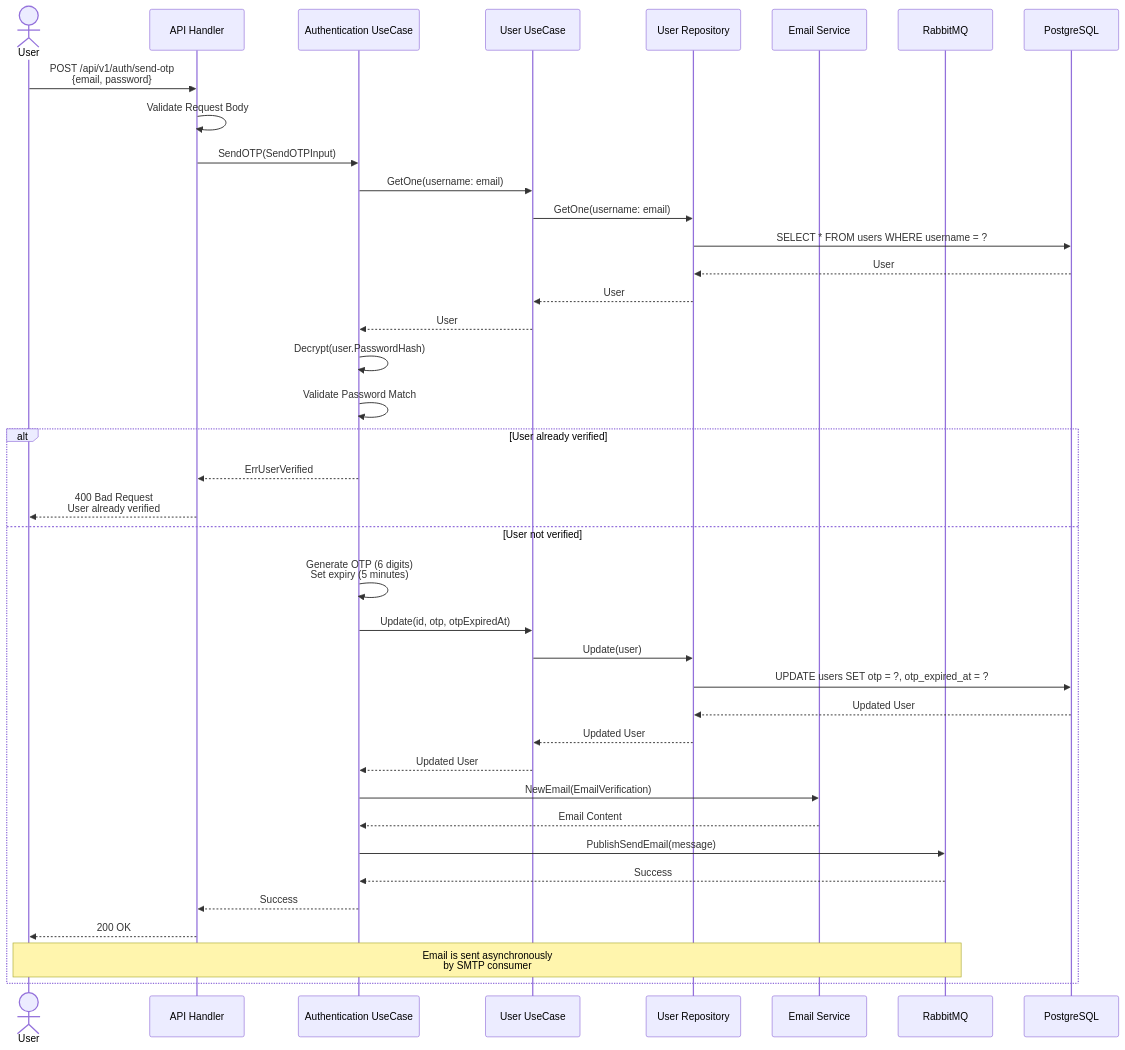
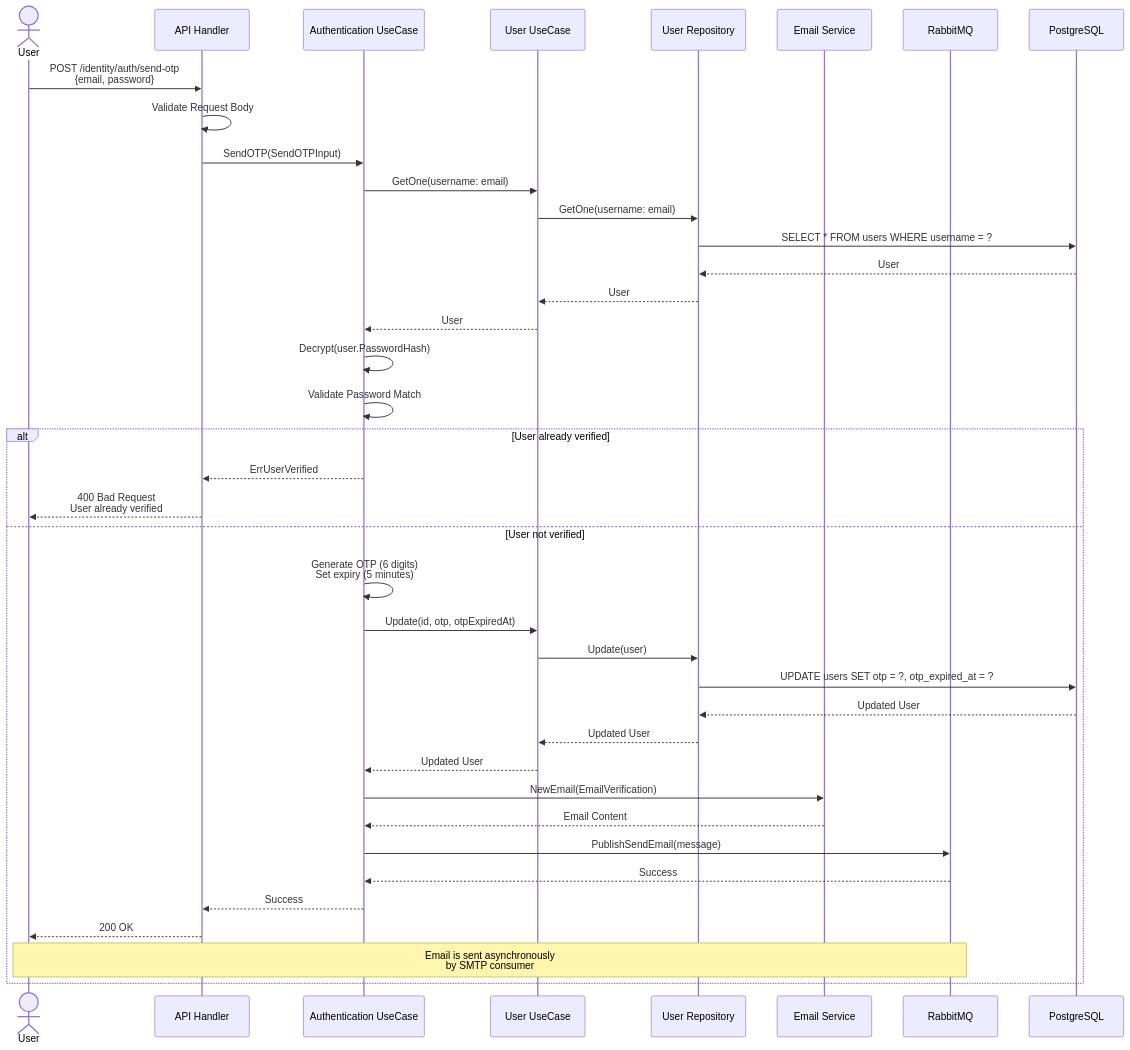
One commit to smap-hcmut/identity-srv changed the second of 12 diagrams in identity/document/api_01_sequence_diagrams.md. Above: the diagram before and after it, drawn with Mermaid. The commit also changed other lines of this file and 37 other files, not shown here.

Commit message:
feat(identity): refactor API endpoints to use /identity base path; update documentation and handlers for authentication, plans, and subscriptions; implement role-based access control with user roles and password management features

````diff
--- a/identity/document/api_01_sequence_diagrams.md
+++ b/identity/document/api_01_sequence_diagrams.md
@@ -75,50 +75,50 @@
 ```mermaid
 sequenceDiagram
     actor User
     participant API as API Handler
     participant AuthUC as Authentication UseCase
     participant UserUC as User UseCase
     participant UserRepo as User Repository
     participant Email as Email Service
     participant RabbitMQ as RabbitMQ
     participant DB as PostgreSQL
 
-    User->>API: POST /api/v1/auth/send-otp<br/>{email, password}
+    User->>API: POST /identity/auth/send-otp<br/>{email, password}
     API->>API: Validate Request Body
     API->>AuthUC: SendOTP(SendOTPInput)
     
     AuthUC->>UserUC: GetOne(username: email)
     UserUC->>UserRepo: GetOne(username: email)
     UserRepo->>DB: SELECT * FROM users WHERE username = ?
     DB-->>UserRepo: User
     UserRepo-->>UserUC: User
     UserUC-->>AuthUC: User
     
     AuthUC->>AuthUC: Decrypt(user.PasswordHash)
     AuthUC->>AuthUC: Validate Password Match
     
     alt User already verified
         AuthUC-->>API: ErrUserVerified
         API-->>User: 400 Bad Request<br/>User already verified
     else User not verified
         AuthUC->>AuthUC: Generate OTP (6 digits)<br/>Set expiry (5 minutes)
         
         AuthUC->>UserUC: Update(id, otp, otpExpiredAt)
         UserUC->>UserRepo: Update(user)
         UserRepo->>DB: UPDATE users SET otp = ?, otp_expired_at = ?
         DB-->>UserRepo: Updated User
         UserRepo-->>UserUC: Updated User
         UserUC-->>AuthUC: Updated User
         
         AuthUC->>Email: NewEmail(EmailVerification)
         Email-->>AuthUC: Email Content
         
         AuthUC->>RabbitMQ: PublishSendEmail(message)
         RabbitMQ-->>AuthUC: Success
         
         AuthUC-->>API: Success
         API-->>User: 200 OK
         
         Note over RabbitMQ,User: Email is sent asynchronously<br/>by SMTP consumer
     end
 ```
````
